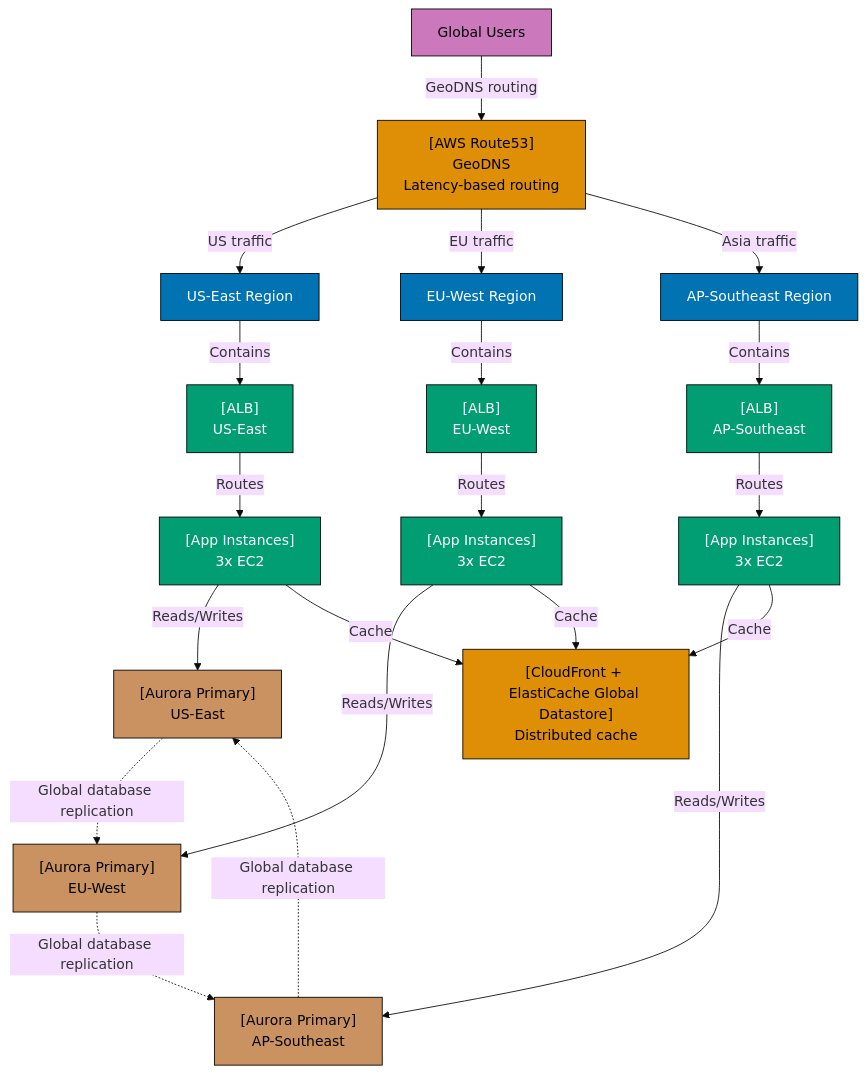
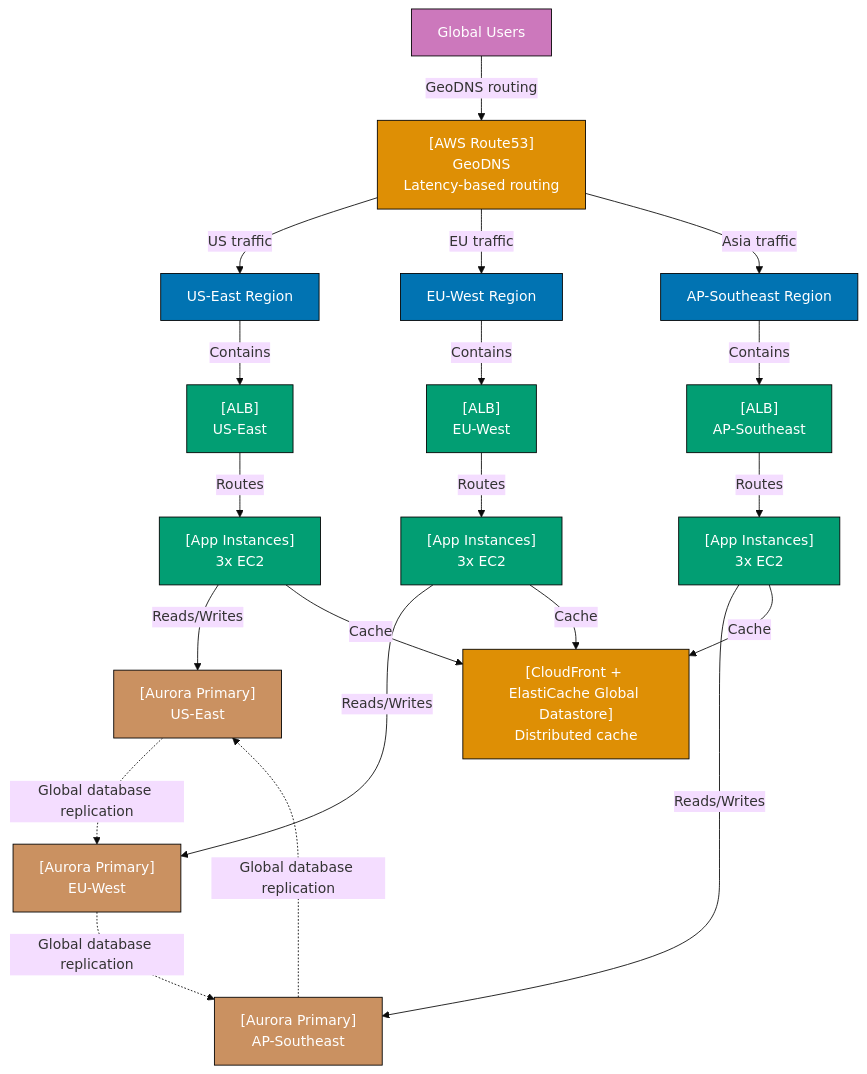
Diagram 13 of 30 in apps/ayokoding-web/content/en/learn/software-engineering/architecture/c4-architecture-model/by-example/intermediate.md (wahidyankf/open-sharia-enterprise), drawn with Mermaid (base theme) before and after one commit. The commit also changed other lines of this file and 61 other files, not shown here.

First line of the commit message:
fix(ayokoding-web): quote Mermaid node labels with special characters in Example 63

````diff
--- a/apps/ayokoding-web/content/en/learn/software-engineering/architecture/c4-architecture-model/by-example/intermediate.md
+++ b/apps/ayokoding-web/content/en/learn/software-engineering/architecture/c4-architecture-model/by-example/intermediate.md
@@ -732,65 +732,65 @@
 ```mermaid
 graph TD
     GlobalUsers["Global Users"]
 
     Route53["[AWS Route53]<br/>GeoDNS<br/>Latency-based routing"]
 
     USEast["US-East Region"]
     USEastALB["[ALB]<br/>US-East"]
     USEastApp["[App Instances]<br/>3x EC2"]
     USEastDB["[Aurora Primary]<br/>US-East"]
 
     EUWest["EU-West Region"]
     EUWestALB["[ALB]<br/>EU-West"]
     EUWestApp["[App Instances]<br/>3x EC2"]
     EUWestDB["[Aurora Primary]<br/>EU-West"]
 
     APSoutheast["AP-Southeast Region"]
     APSoutheastALB["[ALB]<br/>AP-Southeast"]
     APSoutheastApp["[App Instances]<br/>3x EC2"]
     APSoutheastDB["[Aurora Primary]<br/>AP-Southeast"]
 
     GlobalCache["[CloudFront + ElastiCache Global Datastore]<br/>Distributed cache"]
 
     GlobalUsers -->|GeoDNS routing| Route53
 
     Route53 -->|"US traffic"| USEast
     Route53 -->|"EU traffic"| EUWest
     Route53 -->|"Asia traffic"| APSoutheast
 
     USEast -->|Contains| USEastALB
     USEastALB -->|Routes| USEastApp
     USEastApp -->|Reads/Writes| USEastDB
 
     EUWest -->|Contains| EUWestALB
     EUWestALB -->|Routes| EUWestApp
     EUWestApp -->|Reads/Writes| EUWestDB
 
     APSoutheast -->|Contains| APSoutheastALB
     APSoutheastALB -->|Routes| APSoutheastApp
     APSoutheastApp -->|Reads/Writes| APSoutheastDB
 
     USEastDB -.->|"Global database replication"| EUWestDB
     EUWestDB -.->|"Global database replication"| APSoutheastDB
     APSoutheastDB -.->|"Global database replication"| USEastDB
 
     USEastApp -->|Cache| GlobalCache
     EUWestApp -->|Cache| GlobalCache
     APSoutheastApp -->|Cache| GlobalCache
 
-    style GlobalUsers fill:#CC78BC,stroke:#000,color:#000
-    style Route53 fill:#DE8F05,stroke:#000,color:#000
+    style GlobalUsers fill:#CC78BC,stroke:#000,color:#fff
+    style Route53 fill:#DE8F05,stroke:#000,color:#fff
     style USEast fill:#0173B2,stroke:#000,color:#fff
     style EUWest fill:#0173B2,stroke:#000,color:#fff
     style APSoutheast fill:#0173B2,stroke:#000,color:#fff
     style USEastALB fill:#029E73,stroke:#000,color:#fff
     style EUWestALB fill:#029E73,stroke:#000,color:#fff
     style APSoutheastALB fill:#029E73,stroke:#000,color:#fff
     style USEastApp fill:#029E73,stroke:#000,color:#fff
     style EUWestApp fill:#029E73,stroke:#000,color:#fff
     style APSoutheastApp fill:#029E73,stroke:#000,color:#fff
-    style USEastDB fill:#CA9161,stroke:#000,color:#000
-    style EUWestDB fill:#CA9161,stroke:#000,color:#000
-    style APSoutheastDB fill:#CA9161,stroke:#000,color:#000
-    style GlobalCache fill:#DE8F05,stroke:#000,color:#000
+    style USEastDB fill:#CA9161,stroke:#000,color:#fff
+    style EUWestDB fill:#CA9161,stroke:#000,color:#fff
+    style APSoutheastDB fill:#CA9161,stroke:#000,color:#fff
+    style GlobalCache fill:#DE8F05,stroke:#000,color:#fff
 ```
````
